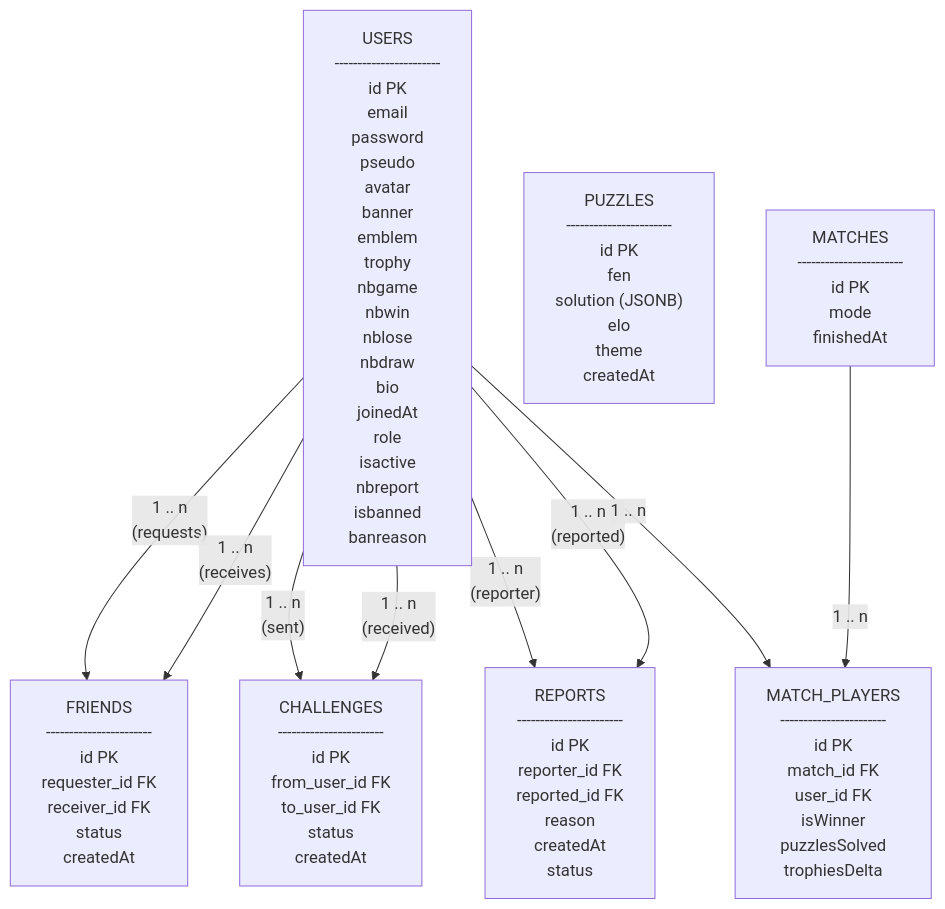
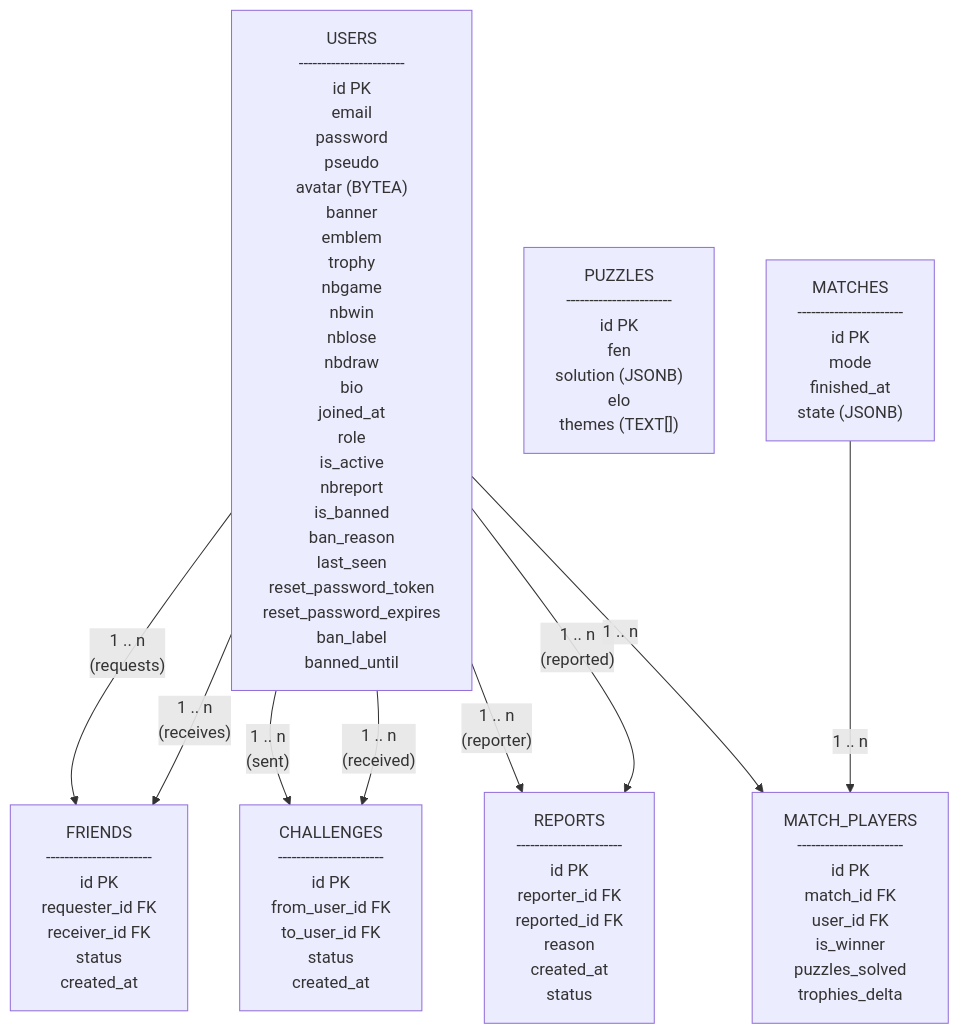
One commit to suleyyerli/project-chess changed the diagram in docs/bdd/database-schema.mmd. Above: the diagram before and after it, drawn with Mermaid. The commit also changed 13 other files, not shown here.

```diff
--- a/docs/bdd/database-schema.mmd
+++ b/docs/bdd/database-schema.mmd
@@ -1,110 +1,115 @@
 flowchart TD
 
     %% ========= TABLES ========= %%
 
     USERS["USERS
     -----------------------
     id PK
     email
     password
     pseudo
-    avatar
+    avatar (BYTEA)
     banner
     emblem
     trophy
     nbgame
     nbwin
     nblose
     nbdraw
     bio
-    joinedAt
+    joined_at
     role
-    isactive
+    is_active
     nbreport
-    isbanned
-    banreason
+    is_banned
+    ban_reason
+    last_seen
+    reset_password_token
+    reset_password_expires
+    ban_label
+    banned_until
     "]
 
 
     PUZZLES["PUZZLES
     -----------------------
     id PK
     fen
     solution (JSONB)
     elo
-    theme
-    createdAt
+    themes (TEXT[])
     "]
 
 
     MATCHES["MATCHES
     -----------------------
     id PK
     mode
-    finishedAt
+    finished_at
+    state (JSONB)
     "]
 
 
     MATCH_PLAYERS["MATCH_PLAYERS
     -----------------------
     id PK
     match_id FK
     user_id FK
-    isWinner
-    puzzlesSolved
-    trophiesDelta
+    is_winner
+    puzzles_solved
+    trophies_delta
     "]
 
 
     FRIENDS["FRIENDS
     -----------------------
     id PK
     requester_id FK
     receiver_id FK
     status
-    createdAt
+    created_at
     "]
 
 
     CHALLENGES["CHALLENGES
     -----------------------
     id PK
     from_user_id FK
     to_user_id FK
     status
-    createdAt
+    created_at
     "]
 
 
     REPORTS["REPORTS
     -----------------------
     id PK
     reporter_id FK
     reported_id FK
     reason
-    createdAt
+    created_at
     status
     "]
 
 
     %% ========= RELATIONS ========= %%
 
     %% USERS - FRIENDS
     USERS -- "1 .. n\n(requests)" --> FRIENDS
     USERS -- "1 .. n\n(receives)" --> FRIENDS
 
     %% USERS - CHALLENGES
     USERS -- "1 .. n\n(sent)" --> CHALLENGES
     USERS -- "1 .. n\n(received)" --> CHALLENGES
 
     %% USERS - REPORTS
     USERS -- "1 .. n\n(reporter)" --> REPORTS
     USERS -- "1 .. n\n(reported)" --> REPORTS
 
     %% MATCHES - MATCH_PLAYERS
     MATCHES -- "1 .. n" --> MATCH_PLAYERS
 
     %% USERS - MATCH_PLAYERS
     USERS -- "1 .. n" --> MATCH_PLAYERS
 
     %% PUZZLES : aucune relation externe
```
